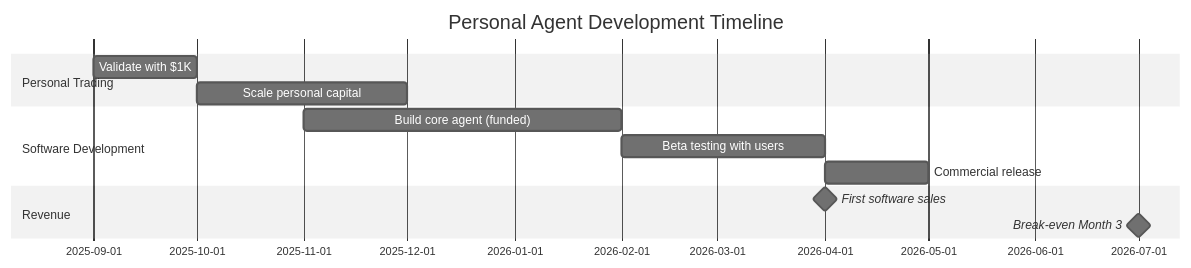
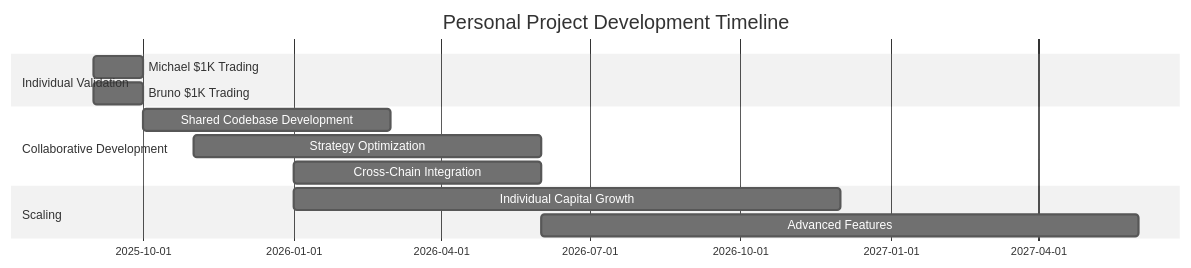
One commit to michaeloboyle/brainstorm-collaboration changed diagram 22 of 22 in ideas/polkadot-arbitrage-system.md. Above: the diagram before and after it, drawn with Mermaid (neutral theme). The commit also changed other lines of this file, not shown here.

````diff
--- a/ideas/polkadot-arbitrage-system.md
+++ b/ideas/polkadot-arbitrage-system.md
@@ -880,15 +852,15 @@
 ```mermaid
 gantt
-    title Personal Agent Development Timeline
+    title Personal Project Development Timeline
     dateFormat  YYYY-MM
-    section Personal Trading
-    Validate with $1K           :2025-09, 2025-10
-    Scale personal capital       :2025-10, 2025-12
-    section Software Development
-    Build core agent (funded)   :2025-11, 2026-02
-    Beta testing with users     :2026-02, 2026-04
-    Commercial release          :2026-04, 2026-05
-    section Revenue
-    First software sales        :milestone, 2026-04, 0d
-    Break-even Month 3          :milestone, 2026-07, 0d
+    section Individual Validation
+    Michael $1K Trading         :2025-09, 2025-10
+    Bruno $1K Trading           :2025-09, 2025-10
+    section Collaborative Development
+    Shared Codebase Development :2025-10, 2026-03
+    Strategy Optimization       :2025-11, 2026-06
+    Cross-Chain Integration     :2026-01, 2026-06
+    section Scaling
+    Individual Capital Growth   :2026-01, 2026-12
+    Advanced Features           :2026-06, 2027-06
 ```
````
